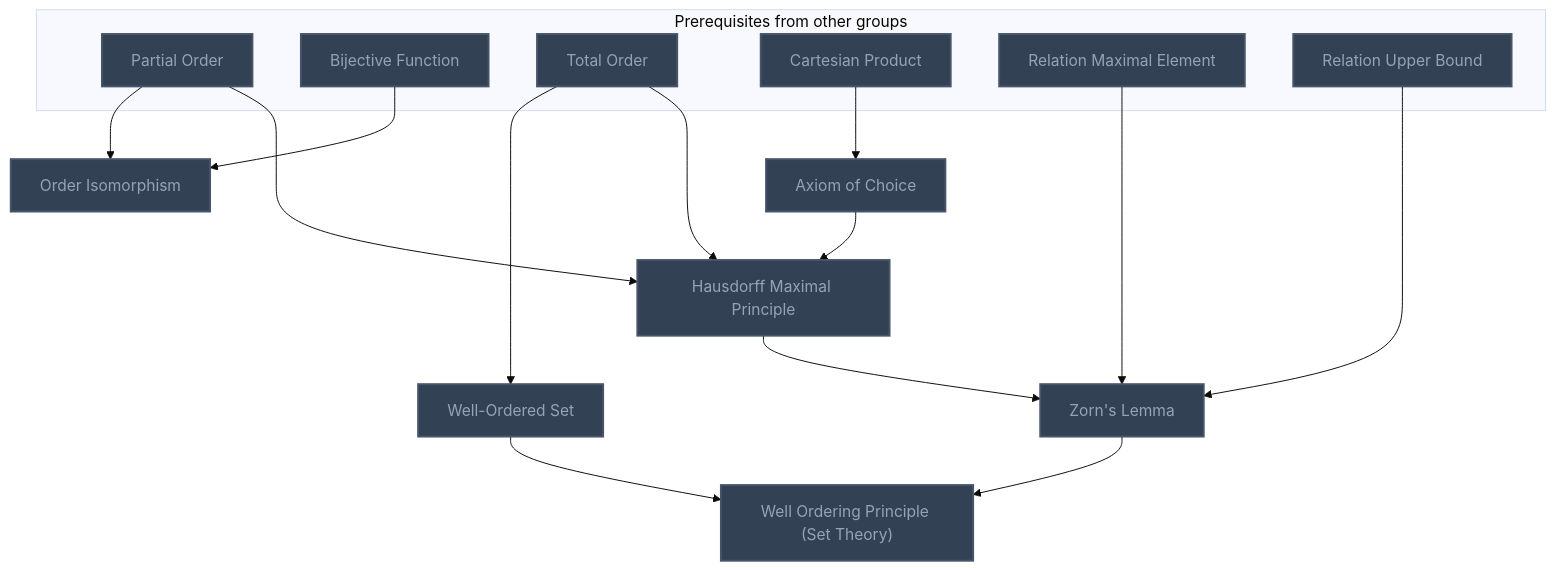
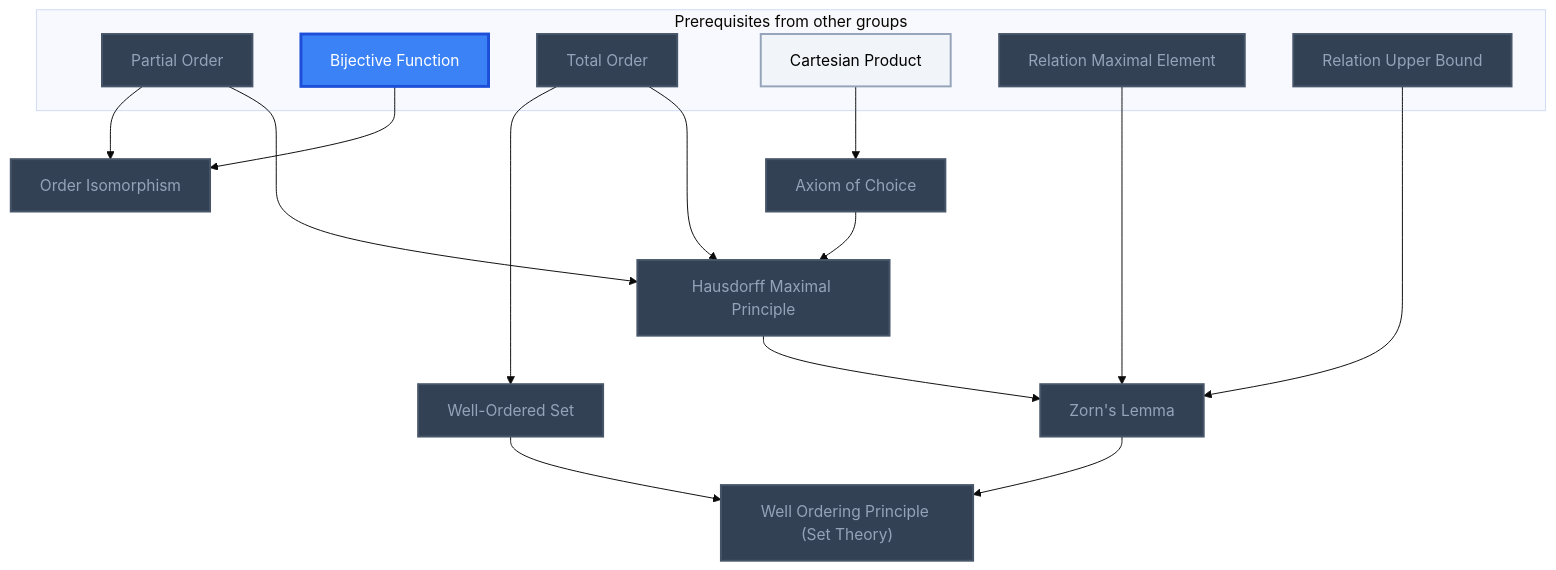
The second of 13 diagrams in Gamification/Skill Trees/Measure Theory.md (MRauf1/My-Notes), drawn with Mermaid (base theme) before and after one commit. The commit also changed other lines of this file and 156 other files, not shown here.

````diff
--- a/Gamification/Skill Trees/Measure Theory.md
+++ b/Gamification/Skill Trees/Measure Theory.md
@@ -37,40 +37,42 @@
 ```mermaid
 flowchart TD
     classDef planned fill:#1E293B,stroke:#64748B,stroke-width:2px,stroke-dasharray:5 5,color:#94A3B8;
     classDef locked fill:#334155,stroke:#475569,stroke-width:2px,color:#94A3B8;
     classDef L0 fill:#F1F5F9,stroke:#94A3B8,stroke-width:2px,color:#000000;
     classDef L1 fill:#22C55E,stroke:#15803D,stroke-width:2px,color:#000000;
     classDef L2 fill:#3B82F6,stroke:#1D4ED8,stroke-width:3px,color:#FFFFFF;
     classDef L3 fill:#A855F7,stroke:#6B21A8,stroke-width:3px,color:#FFFFFF,font-weight:bold;
     classDef L4 fill:#F97316,stroke:#C2410C,stroke-width:4px,color:#000000,font-weight:bold;
     classDef L5 fill:#FFD700,stroke:#FF8C00,stroke-width:5px,color:#000000,font-weight:bold;
     classDef rusty stroke:#8B4513,stroke-width:4px,stroke-dasharray:3 3;
     subgraph sg_prereqs["Prerequisites from other groups"]
         n_partial_order["Partial Order"]
         n_bijective_function["Bijective Function"]
         n_total_order["Total Order"]
         n_cartesian_product["Cartesian Product"]
         n_relation_maximal_element["Relation Maximal Element"]
         n_relation_upper_bound["Relation Upper Bound"]
     end
     n_order_isomorphism["Order Isomorphism"]
     n_well_ordered_set["Well-Ordered Set"]
     n_axiom_of_choice["Axiom of Choice"]
     n_hausdorff_maximal_principle["Hausdorff Maximal Principle"]
     n_zorn_s_lemma["Zorn's Lemma"]
     n_well_ordering_principle_set_theory["Well Ordering Principle (Set Theory)"]
     n_partial_order --> n_order_isomorphism
     n_bijective_function --> n_order_isomorphism
     n_total_order --> n_well_ordered_set
     n_cartesian_product --> n_axiom_of_choice
     n_axiom_of_choice --> n_hausdorff_maximal_principle
     n_partial_order --> n_hausdorff_maximal_principle
     n_total_order --> n_hausdorff_maximal_principle
     n_hausdorff_maximal_principle --> n_zorn_s_lemma
     n_relation_maximal_element --> n_zorn_s_lemma
     n_relation_upper_bound --> n_zorn_s_lemma
     n_zorn_s_lemma --> n_well_ordering_principle_set_theory
     n_well_ordered_set --> n_well_ordering_principle_set_theory
-    class n_partial_order,n_bijective_function,n_total_order,n_cartesian_product,n_relation_maximal_element,n_relation_upper_bound,n_order_isomorphism,n_well_ordered_set,n_axiom_of_choice,n_hausdorff_maximal_principle,n_zorn_s_lemma,n_well_ordering_principle_set_theory locked;
+    class n_partial_order,n_total_order,n_relation_maximal_element,n_relation_upper_bound,n_order_isomorphism,n_well_ordered_set,n_axiom_of_choice,n_hausdorff_maximal_principle,n_zorn_s_lemma,n_well_ordering_principle_set_theory locked;
+    class n_cartesian_product L0;
+    class n_bijective_function L2;
     class n_partial_order,n_bijective_function,n_total_order,n_cartesian_product,n_relation_maximal_element,n_relation_upper_bound,n_order_isomorphism,n_well_ordered_set,n_axiom_of_choice,n_hausdorff_maximal_principle,n_zorn_s_lemma,n_well_ordering_principle_set_theory internal-link;
 ```
````
